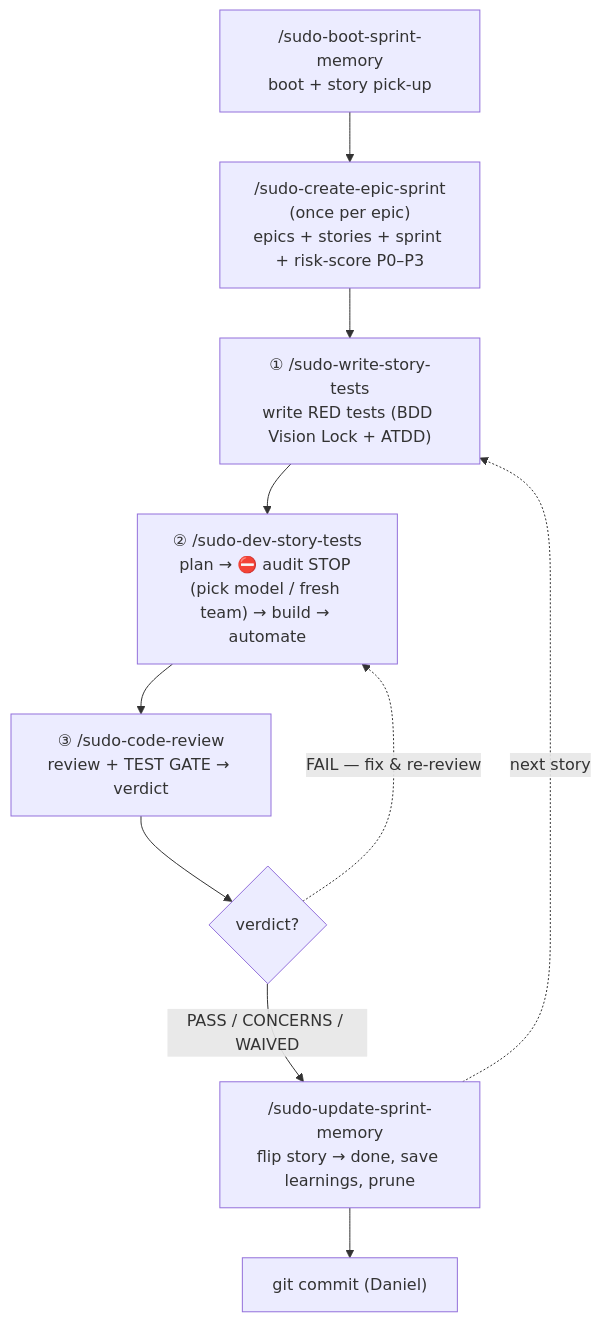
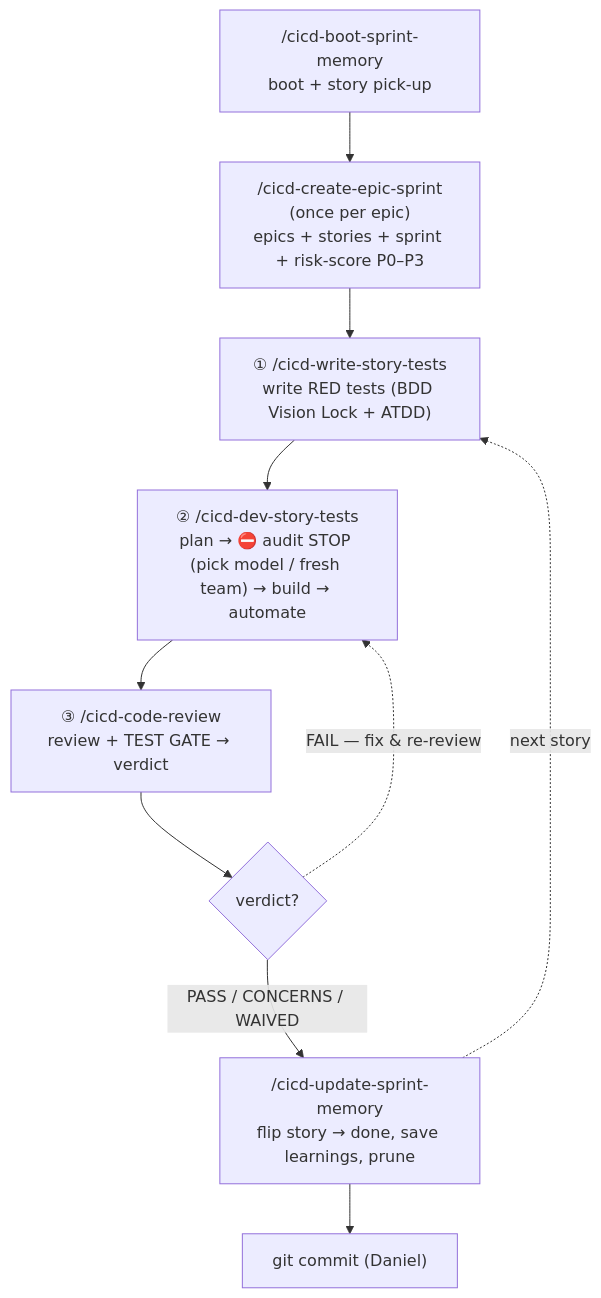
One commit to sudomadhatter/Sudo_Hatter_Command changed the second of 3 diagrams in _my_resources/diagrams_guides/workflows_tea_testing/tea_deep_reference.md. Above: the diagram before and after it, drawn with Mermaid. The commit also changed other lines of this file and 402 other files, not shown here.

````diff
--- a/_my_resources/diagrams_guides/workflows_tea_testing/tea_deep_reference.md
+++ b/_my_resources/diagrams_guides/workflows_tea_testing/tea_deep_reference.md
@@ -660,12 +660,12 @@
 ```mermaid
 flowchart TD
-    BOOT["/sudo-boot-sprint-memory<br/>boot + story pick-up"] --> KICK["/sudo-create-epic-sprint<br/>(once per epic)<br/>epics + stories + sprint + risk-score P0–P3"]
-    KICK --> W["① /sudo-write-story-tests<br/>write RED tests (BDD Vision Lock + ATDD)"]
-    W --> DEV["② /sudo-dev-story-tests<br/>plan → ⛔ audit STOP (pick model / fresh team) → build → automate"]
-    DEV --> CR["③ /sudo-code-review<br/>review + TEST GATE → verdict"]
+    BOOT["/cicd-boot-sprint-memory<br/>boot + story pick-up"] --> KICK["/cicd-create-epic-sprint<br/>(once per epic)<br/>epics + stories + sprint + risk-score P0–P3"]
+    KICK --> W["① /cicd-write-story-tests<br/>write RED tests (BDD Vision Lock + ATDD)"]
+    W --> DEV["② /cicd-dev-story-tests<br/>plan → ⛔ audit STOP (pick model / fresh team) → build → automate"]
+    DEV --> CR["③ /cicd-code-review<br/>review + TEST GATE → verdict"]
     CR --> GATE{"verdict?"}
-    GATE -->|"PASS / CONCERNS / WAIVED"| UPD["/sudo-update-sprint-memory<br/>flip story → done, save learnings, prune"]
+    GATE -->|"PASS / CONCERNS / WAIVED"| UPD["/cicd-update-sprint-memory<br/>flip story → done, save learnings, prune"]
     GATE -.->|"FAIL — fix & re-review"| DEV
     UPD --> COMMIT["git commit (Daniel)"]
     UPD -.->|"next story"| W
 ```
````
